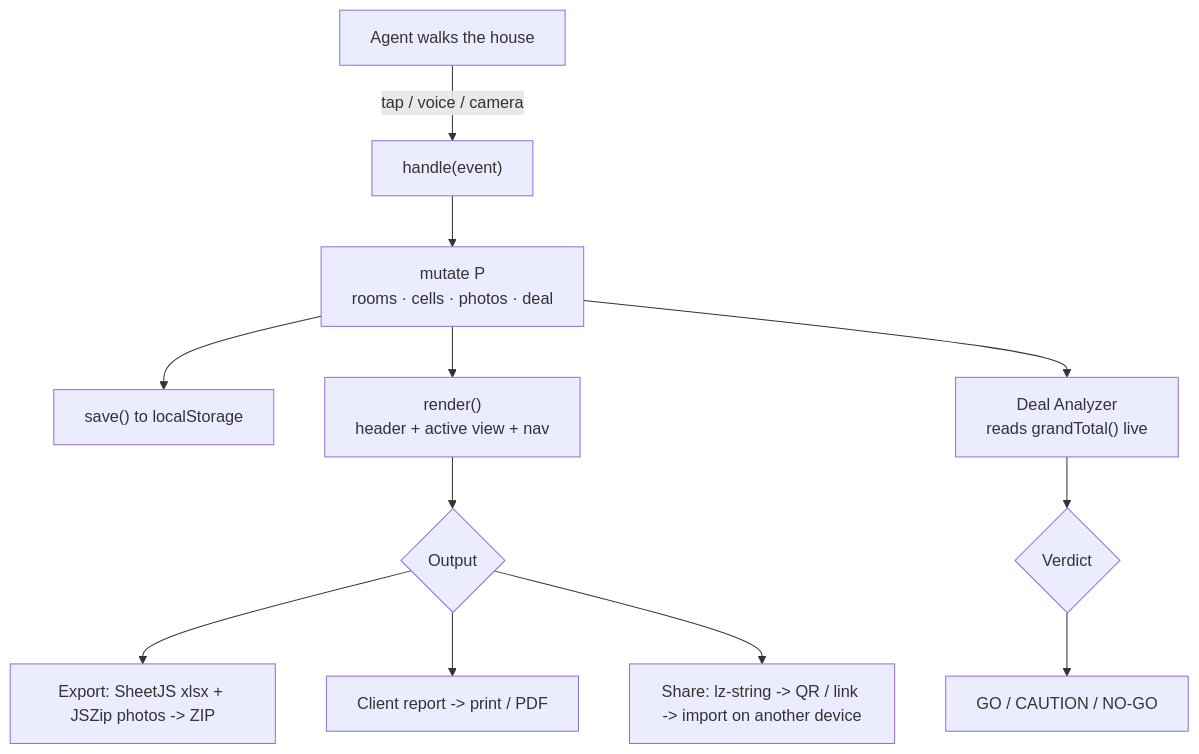
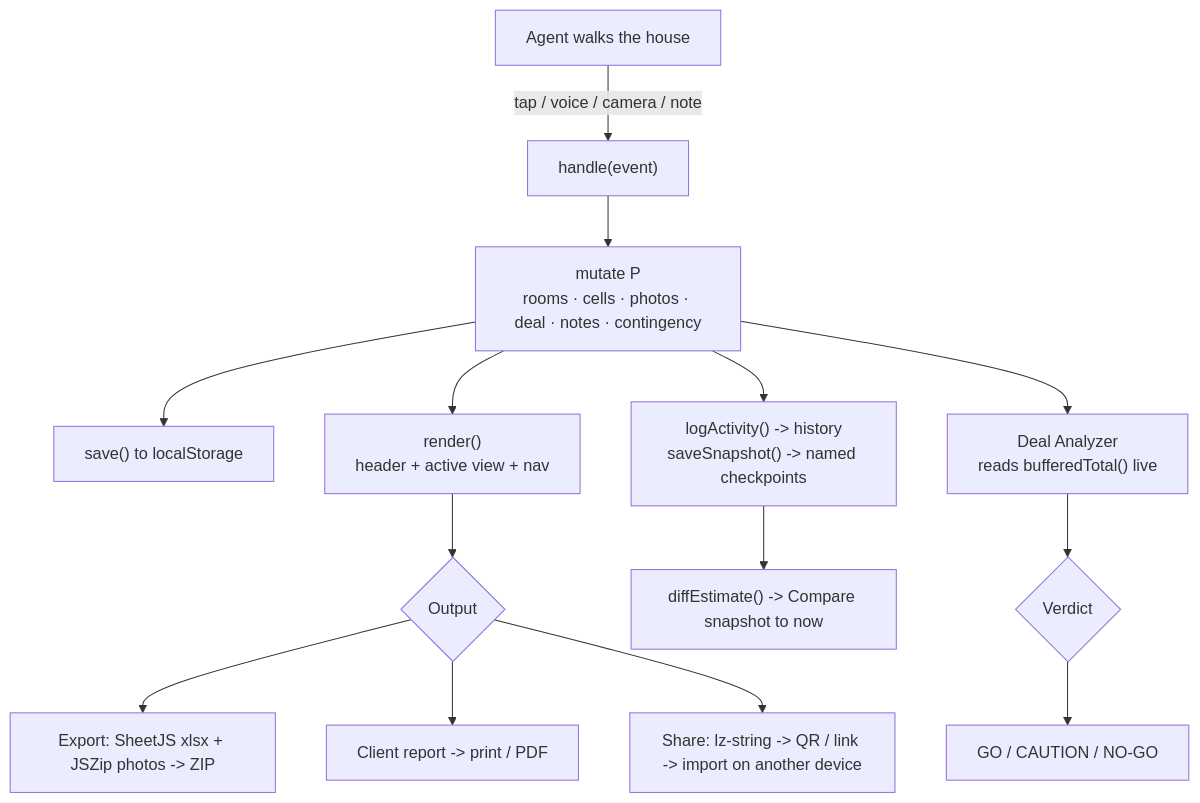
The second of 2 diagrams in ARCHITECTURE.md (rohitdvv/spark-homes-estimator), drawn with Mermaid before and after one commit. The commit also changed other lines of this file and 3 other files, not shown here.

First line of the commit message:
Fix snapshot compare, contingency slider+box, header cleanup (v45)

````diff
--- a/ARCHITECTURE.md
+++ b/ARCHITECTURE.md
@@ -336,14 +370,16 @@
 ```mermaid
 flowchart TB
-  A["Agent walks the house"] -->|tap / voice / camera| H["handle(event)"]
-  H --> M["mutate P<br/>rooms · cells · photos · deal"]
+  A["Agent walks the house"] -->|tap / voice / camera / note| H["handle(event)"]
+  H --> M["mutate P<br/>rooms · cells · photos · deal · notes · contingency"]
   M --> S["save() to localStorage"]
+  M --> L["logActivity() -> history<br/>saveSnapshot() -> named checkpoints"]
   M --> R["render()<br/>header + active view + nav"]
-  M --> D["Deal Analyzer<br/>reads grandTotal() live"]
+  M --> D["Deal Analyzer<br/>reads bufferedTotal() live"]
   D --> V{"Verdict"}
   V --> GO["GO / CAUTION / NO-GO"]
+  L --> CMP["diffEstimate() -> Compare snapshot to now"]
   R --> OUT{"Output"}
   OUT --> X["Export: SheetJS xlsx + JSZip photos -> ZIP"]
   OUT --> P["Client report -> print / PDF"]
   OUT --> Q["Share: lz-string -> QR / link -> import on another device"]
 ```
````
